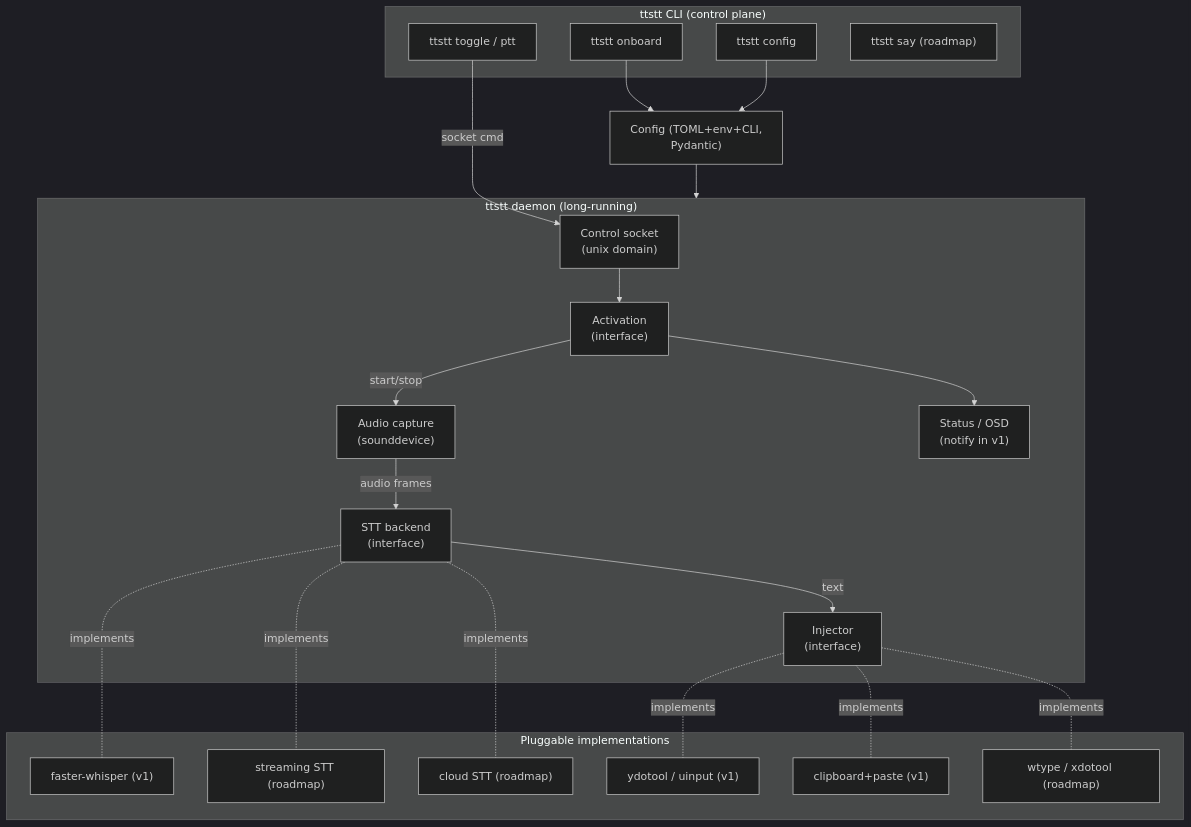
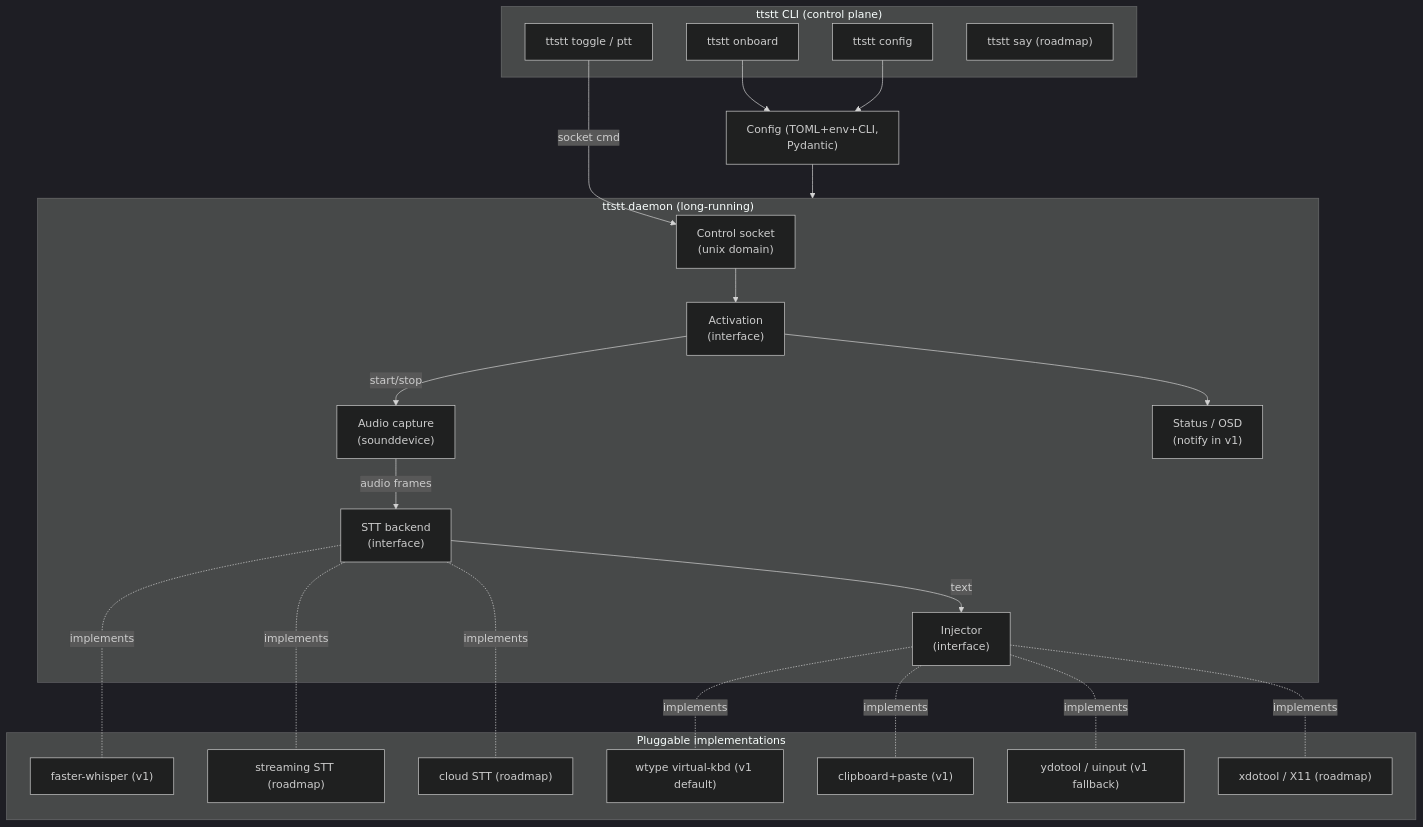
One commit to vulcanneural/ttstt changed the first of 2 diagrams in docs/plans/2026-06-30-001-feat-ttstt-voice-toolkit-plan.md. Above: the diagram before and after it, drawn with Mermaid (dark theme). The commit also changed other lines of this file, not shown here.

````diff
--- a/docs/plans/2026-06-30-001-feat-ttstt-voice-toolkit-plan.md
+++ b/docs/plans/2026-06-30-001-feat-ttstt-voice-toolkit-plan.md
@@ -196,45 +213,47 @@
 ```mermaid
 graph TD
     subgraph CLI["ttstt CLI (control plane)"]
         TOGGLE["ttstt toggle / ptt"]
         ONBOARD["ttstt onboard"]
         CFG["ttstt config"]
         SAY["ttstt say (roadmap)"]
     end
 
     subgraph DAEMON["ttstt daemon (long-running)"]
         CTRL["Control socket\n(unix domain)"]
         ACT["Activation\n(interface)"]
         CAP["Audio capture\n(sounddevice)"]
         STT["STT backend\n(interface)"]
         INJ["Injector\n(interface)"]
         STATUS["Status / OSD\n(notify in v1)"]
     end
 
     subgraph BACKENDS["Pluggable implementations"]
         FW["faster-whisper (v1)"]
         STREAM["streaming STT (roadmap)"]
         CLOUDSTT["cloud STT (roadmap)"]
-        YDO["ydotool / uinput (v1)"]
+        WTYPE["wtype virtual-kbd (v1 default)"]
         CLIP["clipboard+paste (v1)"]
-        WTYPE["wtype / xdotool (roadmap)"]
+        YDO["ydotool / uinput (v1 fallback)"]
+        XDO["xdotool / X11 (roadmap)"]
     end
 
     CONF["Config (TOML+env+CLI,\nPydantic)"]
 
     TOGGLE -->|socket cmd| CTRL
     CTRL --> ACT
     ACT -->|start/stop| CAP
     CAP -->|audio frames| STT
     STT -->|text| INJ
     ACT --> STATUS
     STT -.implements.- FW
     STT -.implements.- STREAM
     STT -.implements.- CLOUDSTT
+    INJ -.implements.- WTYPE
+    INJ -.implements.- CLIP
     INJ -.implements.- YDO
-    INJ -.implements.- CLIP
-    INJ -.implements.- WTYPE
+    INJ -.implements.- XDO
     CONF --> DAEMON
     ONBOARD --> CONF
     CFG --> CONF
 ```
````
